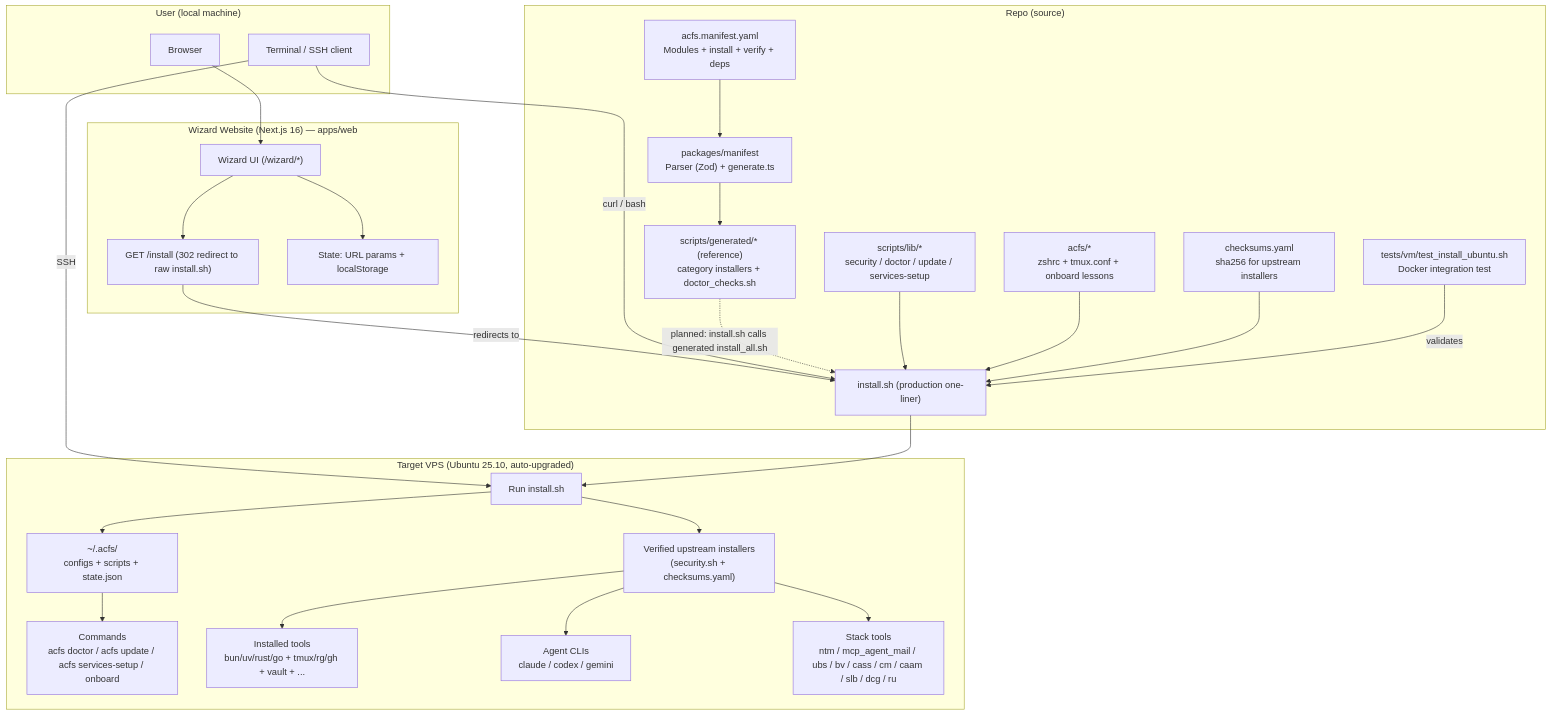
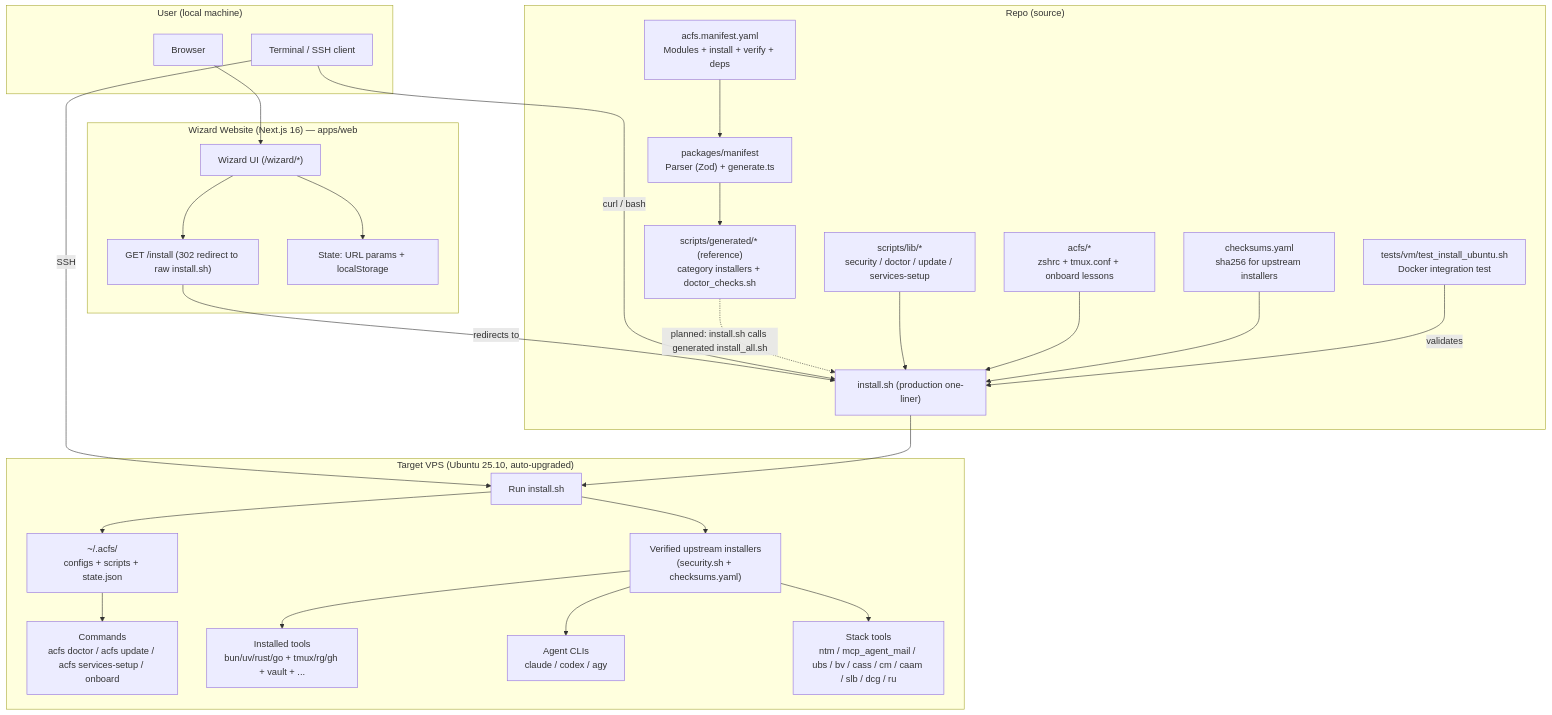
One commit to thanhlinh9191/agentic_coding_flywheel_setup changed the second of 3 diagrams in README.md. Above: the diagram before and after it, drawn with Mermaid. The commit also changed other lines of this file and 16 other files, not shown here.

Commit message:
Route Gemini entrypoints through locked agy

````diff
--- a/README.md
+++ b/README.md
@@ -141,65 +141,65 @@
 ```mermaid
 flowchart TB
   %% User and website
   subgraph U["User (local machine)"]
     Browser["Browser"]
     Terminal["Terminal / SSH client"]
   end
 
   subgraph W["Wizard Website (Next.js 16) — apps/web"]
     Wizard["Wizard UI (/wizard/*)"]
     InstallRoute["GET /install (302 redirect to raw install.sh)"]
     WebState["State: URL params + localStorage"]
   end
 
   %% Repo sources
   subgraph R["Repo (source)"]
     Manifest["acfs.manifest.yaml<br/>Modules + install + verify + deps"]
     Generator["packages/manifest<br/>Parser (Zod) + generate.ts"]
     Generated["scripts/generated/* (reference)<br/>category installers + doctor_checks.sh"]
     Installer["install.sh (production one-liner)"]
     Lib["scripts/lib/*<br/>security / doctor / update / services-setup"]
     Configs["acfs/*<br/>zshrc + tmux.conf + onboard lessons"]
     Checksums["checksums.yaml<br/>sha256 for upstream installers"]
     Tests["tests/vm/test_install_ubuntu.sh<br/>Docker integration test"]
   end
 
   %% Target VPS
   subgraph V["Target VPS (Ubuntu 25.10, auto-upgraded)"]
     Run["Run install.sh"]
     Verify["Verified upstream installers<br/>(security.sh + checksums.yaml)"]
     AcfsHome["~/.acfs/<br/>configs + scripts + state.json"]
     Commands["Commands<br/>acfs doctor / acfs update / acfs services-setup / onboard"]
     Tools["Installed tools<br/>bun/uv/rust/go + tmux/rg/gh + vault + ..."]
-    Agents["Agent CLIs<br/>claude / codex / gemini"]
+    Agents["Agent CLIs<br/>claude / codex / agy"]
     Stack["Stack tools<br/>ntm / mcp_agent_mail / ubs / bv / cass / cm / caam / slb / dcg / ru"]
   end
 
   %% Website guidance flow
   Browser --> Wizard
   Wizard --> WebState
   Wizard --> InstallRoute
   InstallRoute -->|redirects to| Installer
 
   %% How users fetch/run the installer
   Terminal -->|curl / bash| Installer
   Terminal -->|SSH| Run
 
   %% Manifest-driven generation (reference today)
   Manifest --> Generator --> Generated
   Generated -.->|planned: install.sh calls generated install_all.sh| Installer
 
   %% Installer composition
   Lib --> Installer
   Configs --> Installer
   Checksums --> Installer
   Tests -->|validates| Installer
 
   %% VPS install results
   Installer --> Run
   Run --> Verify
   Verify --> Tools
   Verify --> Agents
   Verify --> Stack
   Run --> AcfsHome --> Commands
 ```
````
